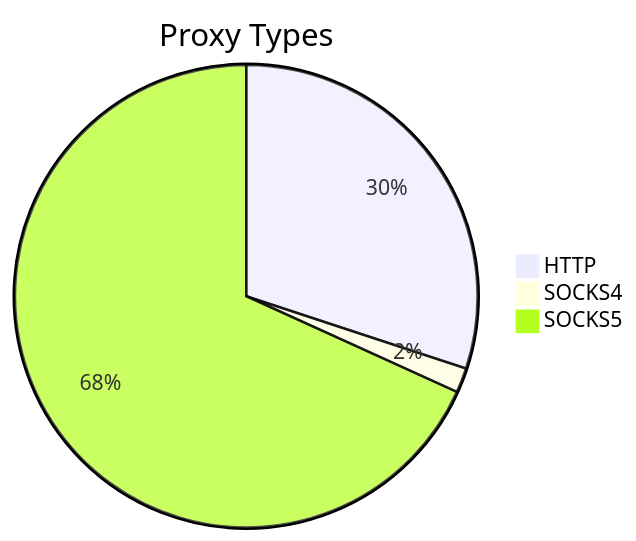
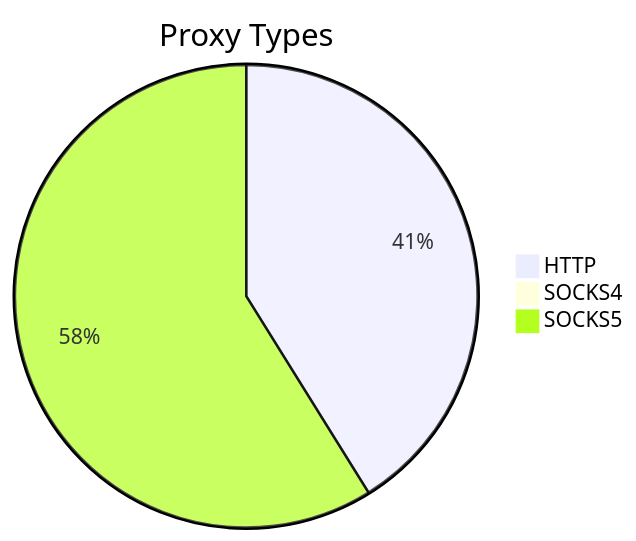
The first of 2 diagrams in README.md (stormsia/proxy-list), drawn with Mermaid before and after one commit. The commit also changed other lines of this file, not shown here.

````diff
--- a/README.md
+++ b/README.md
@@ -21,6 +21,6 @@
 ```mermaid
 pie title Proxy Types
-    "HTTP" : 1007
-    "SOCKS4" : 58
-    "SOCKS5" : 2285
+    "HTTP" : 907
+    "SOCKS4" : 16
+    "SOCKS5" : 1298
 ```
````
